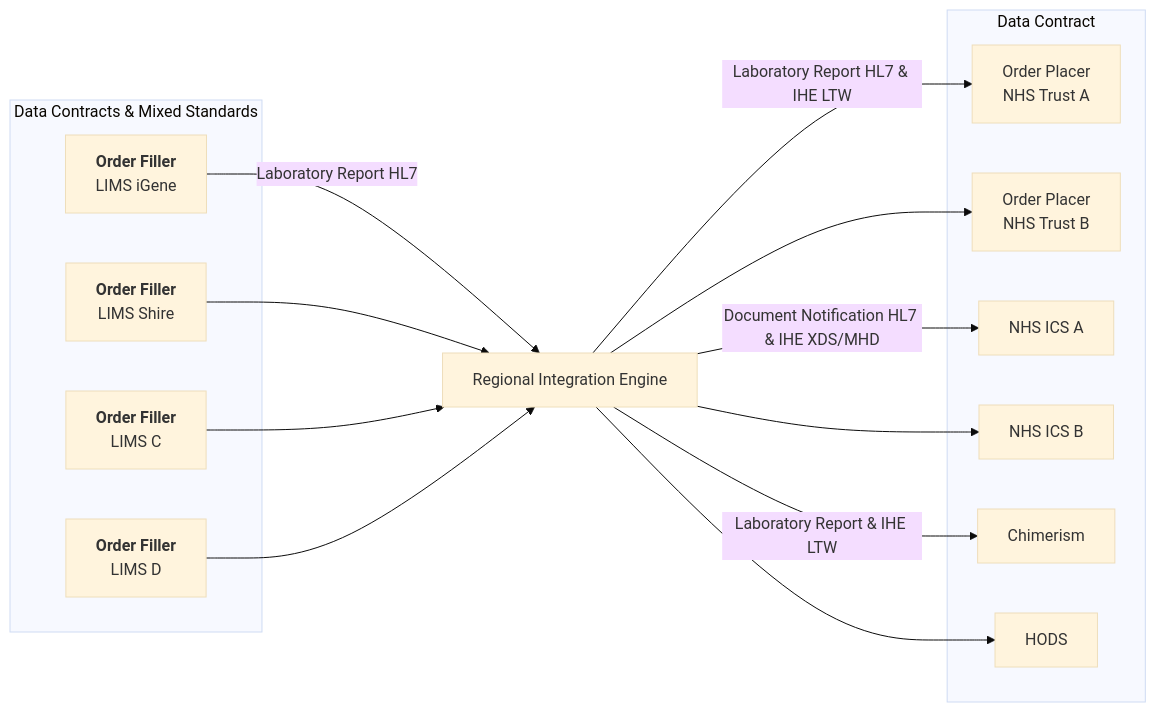
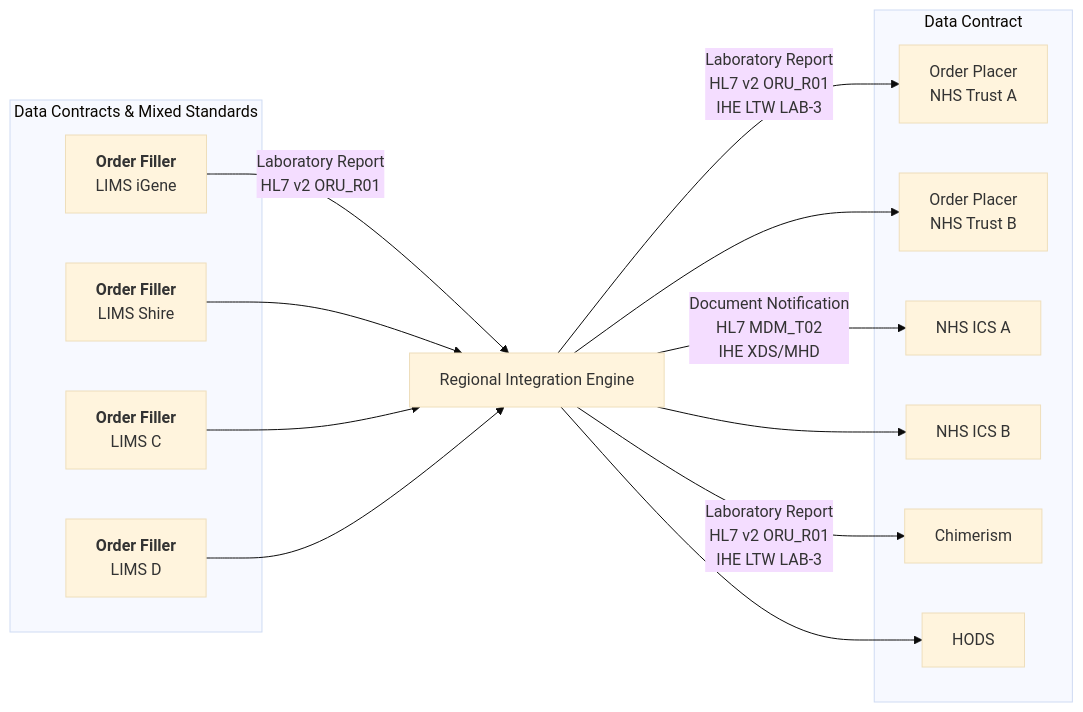
The fourth of 4 diagrams in input/pagecontent/index.md (uk-gov-mirror/nw-gmsa.nw-gmsa.github.com), drawn with Mermaid (base theme) before and after one commit. The commit also changed other lines of this file, not shown here.

Commit message:
Added lab order diagram

````diff
--- a/input/pagecontent/index.md
+++ b/input/pagecontent/index.md
@@ -68,28 +68,28 @@
 ```mermaid
 graph LR
     subgraph Multiple[Data Contracts & Mixed Standards]
         LIMSA[<b>Order Filler</b><br>LIMS iGene]
         LIMSB[<b>Order Filler</b><br>LIMS Shire]
         LIMSC[<b>Order Filler</b><br>LIMS C]
         LIMSD[<b>Order Filler</b><br>LIMS D]
     end
-    LIMSA --> |Laboratory Report HL7| RIE
+    LIMSA --> |Laboratory Report<br/>HL7 v2 ORU_R01| RIE
     LIMSB --> RIE
     LIMSC --> RIE
     LIMSD --> RIE
-    RIE[Regional Integration Engine] --> |Laboratory Report HL7 & IHE LTW| NHSA
+    RIE[Regional Integration Engine] --> |Laboratory Report<br/>HL7 v2 ORU_R01<br/>IHE LTW LAB-3| NHSA
     RIE --> NHSB
-    RIE --> |Document Notification HL7 & IHE XDS/MHD| ICSA
+    RIE --> |Document Notification<br/>HL7 MDM_T02<br/>IHE XDS/MHD| ICSA
     RIE --> ICSB
-    RIE --> |Laboratory Report & IHE LTW| APPB
+    RIE --> |Laboratory Report<br/>HL7 v2 ORU_R01<br/>IHE LTW LAB-3| APPB
     RIE --> APPA
 
     subgraph DataContracts[Data Contract]
         NHSA[Order Placer<br/>NHS Trust A]
         NHSB[Order Placer<br/>NHS Trust B] 
         ICSA[NHS ICS A]
         ICSB[NHS ICS B]
         APPA[HODS]
         APPB[Chimerism]
     end 
 ```
````
